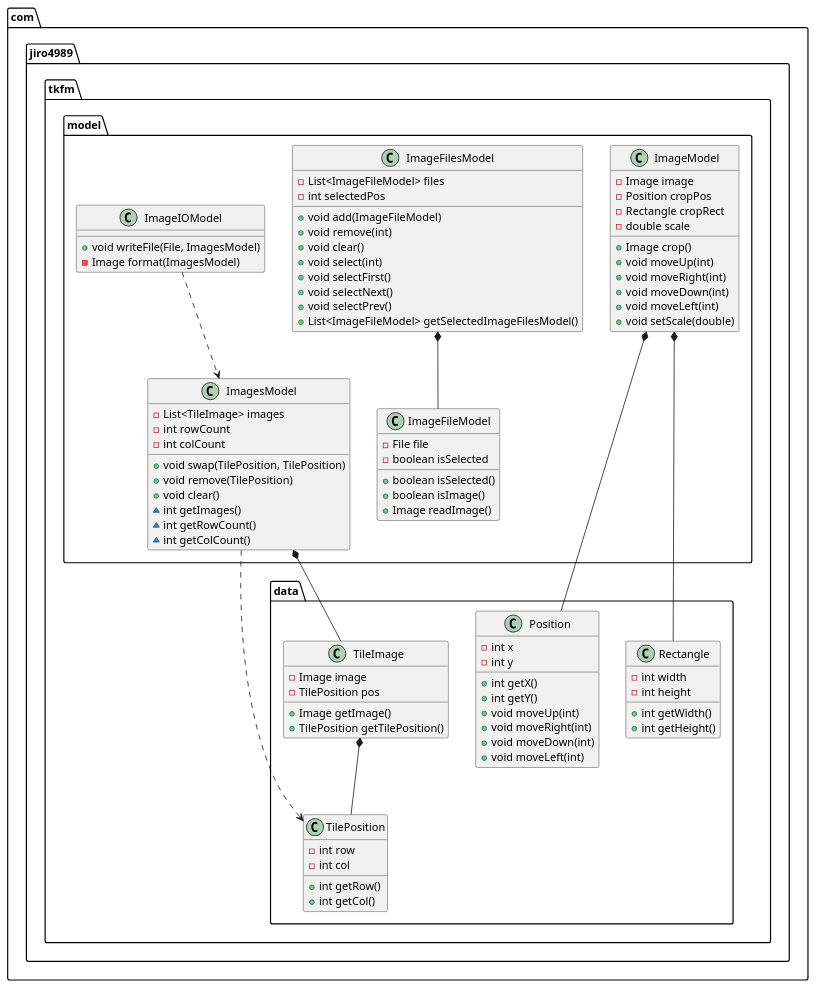
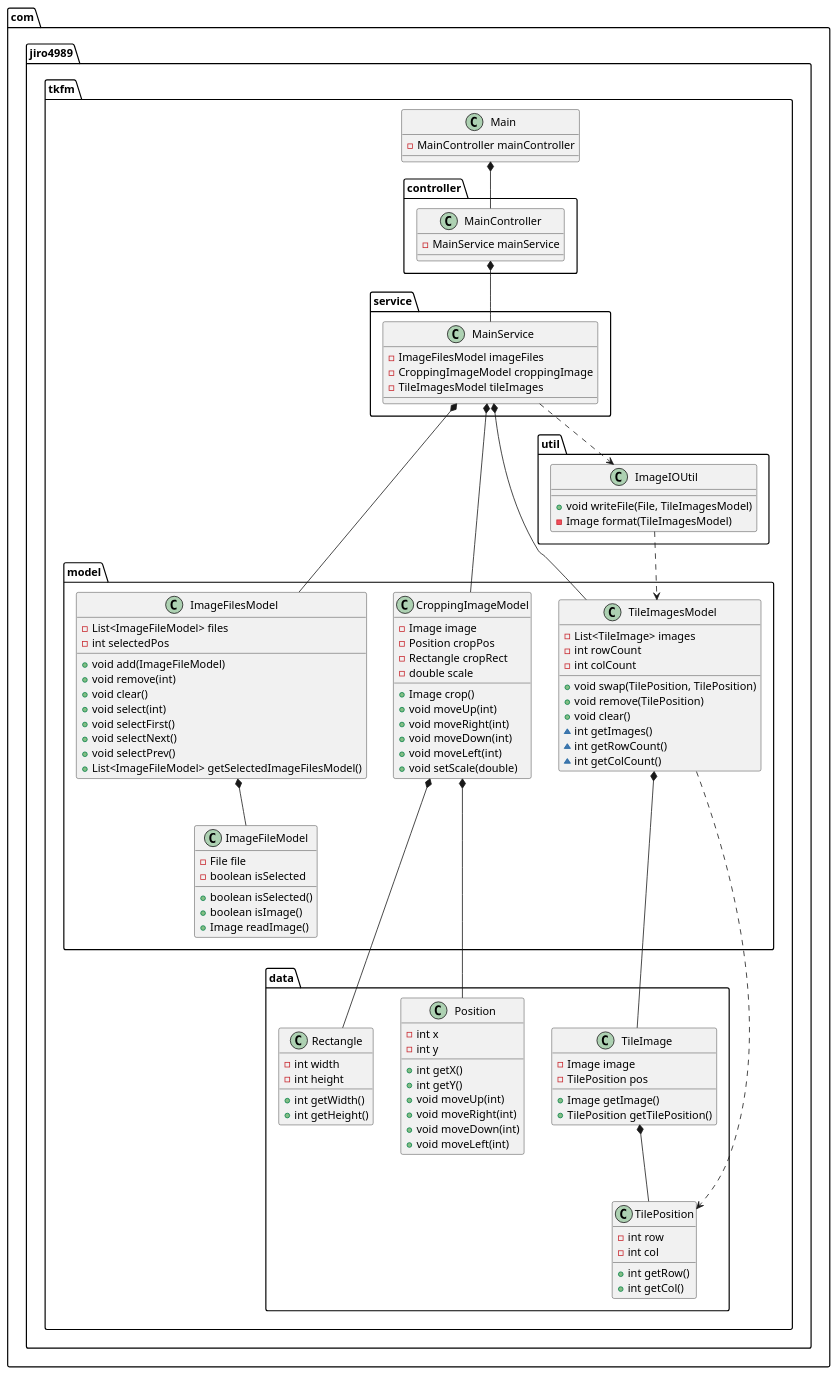
The diagram in docs/classes.puml (jiro4989/TKoolFacetileMaker2), drawn with PlantUML before and after one commit.

Commit message:
update classes

```diff
--- a/docs/classes.puml
+++ b/docs/classes.puml
@@ -1,108 +1,140 @@
 @startuml
 
 package com.jiro4989.tkfm {
-'  package controller {}
-'  package service {}
+  class Main {
+    -MainController mainController
+  }
+  
+  package controller {
+    class MainController {
+      -MainService mainService
+    }
+  }
+  
+  package service {
+    class MainService {
+      -ImageFilesModel imageFiles
+      -CroppingImageModel croppingImage
+      -TileImagesModel tileImages
+    }
+  }
 
   package data {
     class Position {
       -int x
       -int y
       +int getX()
       +int getY()
       +void moveUp(int)
       +void moveRight(int)
       +void moveDown(int)
       +void moveLeft(int)
     }
     
     class Rectangle {
       -int width
       -int height
       +int getWidth()
       +int getHeight()
     }
       
     class TileImage {
       -Image image
       -TilePosition pos
       +Image getImage()
       +TilePosition getTilePosition()
     }
     
     class TilePosition {
       -int row
       -int col
       
       +int getRow()
       +int getCol()
     }
   }
   
   package model {
     class ImageFileModel {
       -File file
       -boolean isSelected
       
       +boolean isSelected()
       +boolean isImage()
       +Image readImage()
     }
     
     class ImageFilesModel {
       -List<ImageFileModel> files
       -int selectedPos
       
       +void add(ImageFileModel)
       +void remove(int)
       +void clear()
       +void select(int)
       +void selectFirst()
       +void selectNext()
       +void selectPrev()
       +List<ImageFileModel> getSelectedImageFilesModel()
     }
     
-    class ImageModel {
+    class CroppingImageModel {
       -Image image
       -Position cropPos
       -Rectangle cropRect
       -double scale
       
       +Image crop()
       +void moveUp(int)
       +void moveRight(int)
       +void moveDown(int)
       +void moveLeft(int)
       +void setScale(double)
     }
     
-    class ImagesModel {
+    class TileImagesModel {
       -List<TileImage> images
       -int rowCount
       -int colCount
       
       +void swap(TilePosition, TilePosition)
       +void remove(TilePosition)
       +void clear()
       ~int getImages()
       ~int getRowCount()
       ~int getColCount()
     }
-  
-    class ImageIOModel {
-      +void writeFile(File, ImagesModel)
-      -Image format(ImagesModel)
+  }
+
+  package util {
+    class ImageIOUtil {
+      +void writeFile(File, TileImagesModel)
+      -Image format(TileImagesModel)
     }
   }
 }
 
+Main *-- MainController
+
+MainController *-- MainService
+
+MainService *-- ImageFilesModel
+MainService *-- CroppingImageModel
+MainService *-- TileImagesModel
+MainService ..> ImageIOUtil
+
 ImageFilesModel *-- ImageFileModel
-ImageModel *-- Position
-ImageModel *-- Rectangle
-ImagesModel *-- TileImage
-ImagesModel ..> TilePosition
+
+CroppingImageModel *-- Position
+CroppingImageModel *-- Rectangle
+
+TileImagesModel *-- TileImage
+TileImagesModel ..> TilePosition
+
+ImageIOUtil ..> TileImagesModel
+
 TileImage *-- TilePosition
-ImageIOModel ..> ImagesModel
+
+ImageFileModel -[hidden]down- Rectangle
 
 @enduml
```
